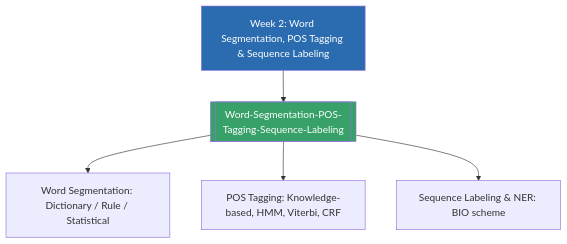
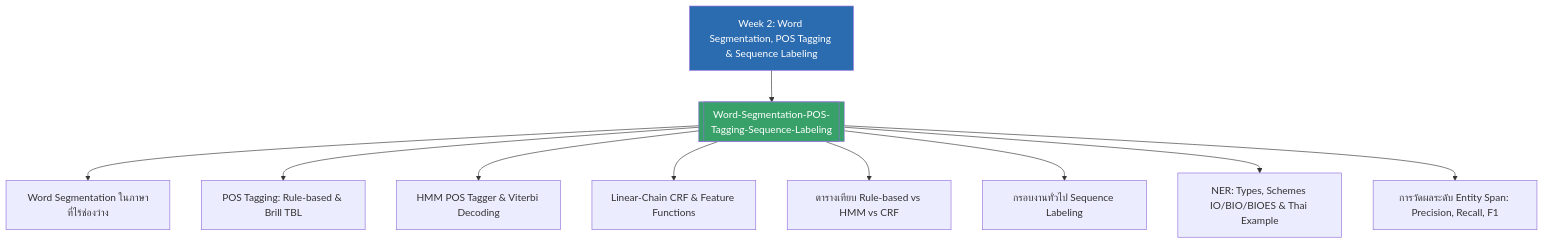
The diagram in 01_Lectures/Week2/Week2-MOC.md (PhuriphatTyPeZ3r0/Course-1323404-Natural-Language-Processing-2026), drawn with Mermaid before and after one commit. The commit also changed other lines of this file and 6 other files, not shown here.

````diff
--- a/01_Lectures/Week2/Week2-MOC.md
+++ b/01_Lectures/Week2/Week2-MOC.md
@@ -28,11 +38,16 @@
 ```mermaid
 graph TD
     MOC[Week 2: Word Segmentation, POS Tagging & Sequence Labeling] --> A[[Word-Segmentation-POS-Tagging-Sequence-Labeling]]
 
-    A --> A1[Word Segmentation: Dictionary / Rule / Statistical]
-    A --> A2[POS Tagging: Knowledge-based, HMM, Viterbi, CRF]
-    A --> A3[Sequence Labeling & NER: BIO scheme]
+    A --> A1[Word Segmentation ในภาษาที่ไร้ช่องว่าง]
+    A --> A2[POS Tagging: Rule-based & Brill TBL]
+    A --> A3[HMM POS Tagger & Viterbi Decoding]
+    A --> A4[Linear-Chain CRF & Feature Functions]
+    A --> A5[ตารางเทียบ Rule-based vs HMM vs CRF]
+    A --> A6[กรอบงานทั่วไป Sequence Labeling]
+    A --> A7[NER: Types, Schemes IO/BIO/BIOES & Thai Example]
+    A --> A8[การวัดผลระดับ Entity Span: Precision, Recall, F1]
 
     style MOC fill:#2b6cb0,color:#fff
     style A fill:#38a169,color:#fff
 ```
````
